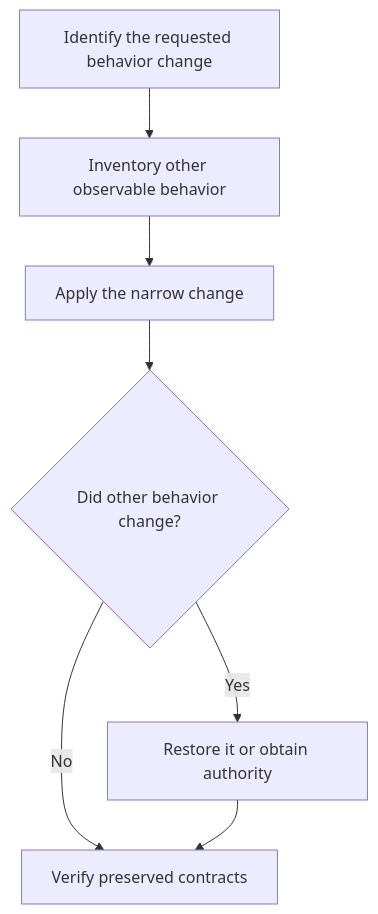
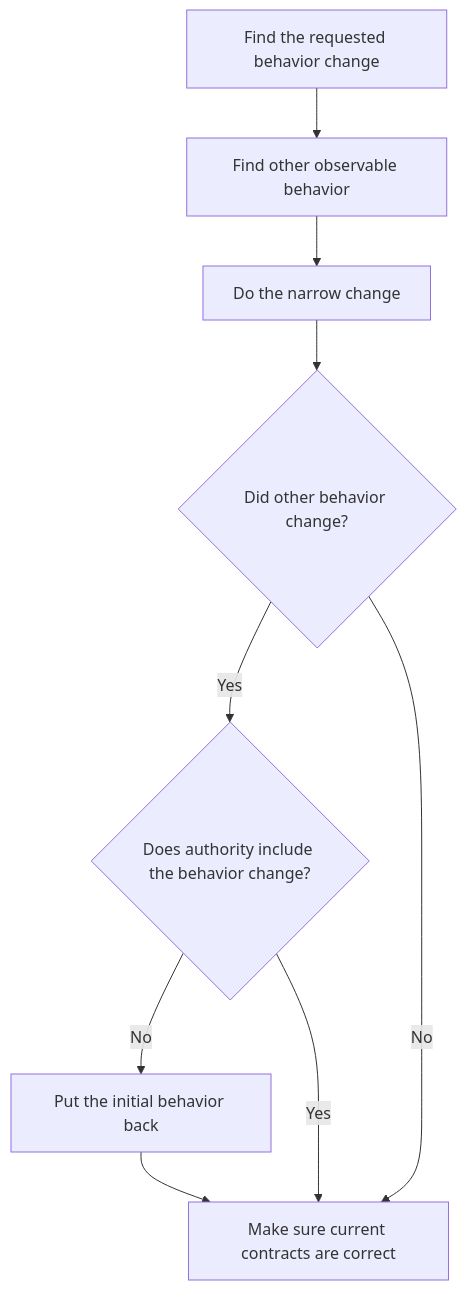
Before and after one commit to HomericIntelligence/Athena: the diagram in docs/principles/details/p014-preserve-unrequested-behavior.md, drawn with Mermaid. The commit also changed other lines of this file and 91 other files, not shown here.

````diff
--- a/docs/principles/details/p014-preserve-unrequested-behavior.md
+++ b/docs/principles/details/p014-preserve-unrequested-behavior.md
@@ -33,9 +33,11 @@
 ```mermaid
 flowchart TD
-    A["Identify the requested behavior change"] --> B["Inventory other observable behavior"]
-    B --> C["Apply the narrow change"]
+    A["Find the requested behavior change"] --> B["Find other observable behavior"]
+    B --> C["Do the narrow change"]
     C --> D{"Did other behavior change?"}
-    D -->|Yes| E["Restore it or obtain authority"]
-    D -->|No| F["Verify preserved contracts"]
-    E --> F
+    D -->|Yes| E{"Does authority include the behavior change?"}
+    E -->|No| G["Put the initial behavior back"]
+    E -->|Yes| F["Make sure current contracts are correct"]
+    D -->|No| F
+    G --> F
 ```
````
